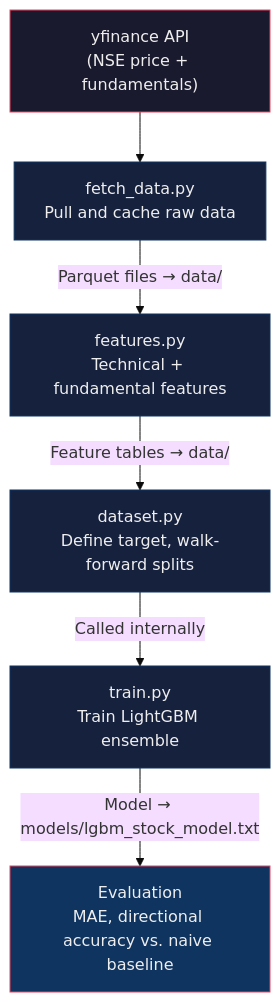
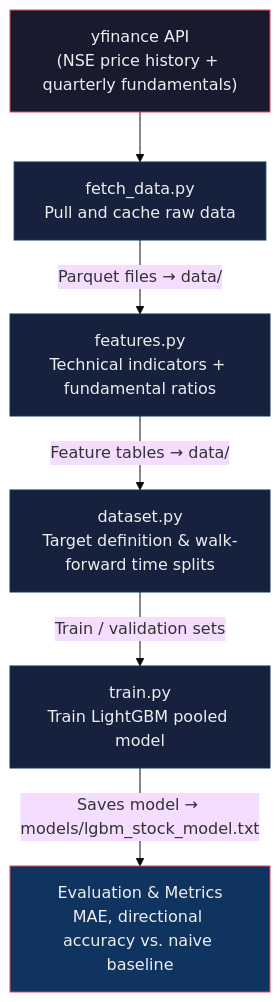
The first of 2 diagrams in README.md (rajan0860/stock-predictor), drawn with Mermaid (base theme) before and after one commit. The commit also changed other lines of this file, not shown here.

Commit message:
docs: update README with new project architecture, feature descriptions, and setup instructions

````diff
--- a/README.md
+++ b/README.md
@@ -72,16 +97,16 @@
 ```mermaid
 flowchart TD
-    A["yfinance API\n(NSE price + fundamentals)"] --> B
+    A["yfinance API\n(NSE price history + quarterly fundamentals)"] --> B
     B["fetch_data.py\nPull and cache raw data"] -->|"Parquet files → data/"| C
-    C["features.py\nTechnical + fundamental features"] -->|"Feature tables → data/"| D
-    D["dataset.py\nDefine target, walk-forward splits"] -->|"Called internally"| E
-    E["train.py\nTrain LightGBM ensemble"] -->|"Model → models/lgbm_stock_model.txt"| F
-    F["Evaluation\nMAE, directional accuracy vs. naive baseline"]
+    C["features.py\nTechnical indicators + fundamental ratios"] -->|"Feature tables → data/"| D
+    D["dataset.py\nTarget definition & walk-forward time splits"] -->|"Train / validation sets"| E
+    E["train.py\nTrain LightGBM pooled model"] -->|"Saves model → models/lgbm_stock_model.txt"| F
+    F["Evaluation & Metrics\nMAE, directional accuracy vs. naive baseline"]
 
     style A fill:#1a1a2e,stroke:#e94560,color:#eee
     style B fill:#16213e,stroke:#0f3460,color:#eee
     style C fill:#16213e,stroke:#0f3460,color:#eee
     style D fill:#16213e,stroke:#0f3460,color:#eee
     style E fill:#16213e,stroke:#0f3460,color:#eee
     style F fill:#0f3460,stroke:#e94560,color:#eee
 ```
````
